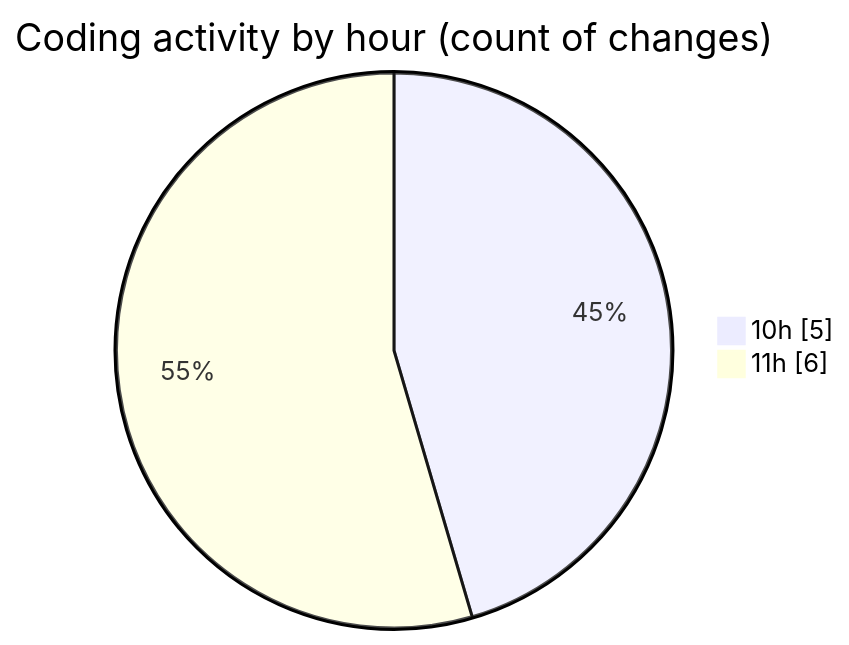
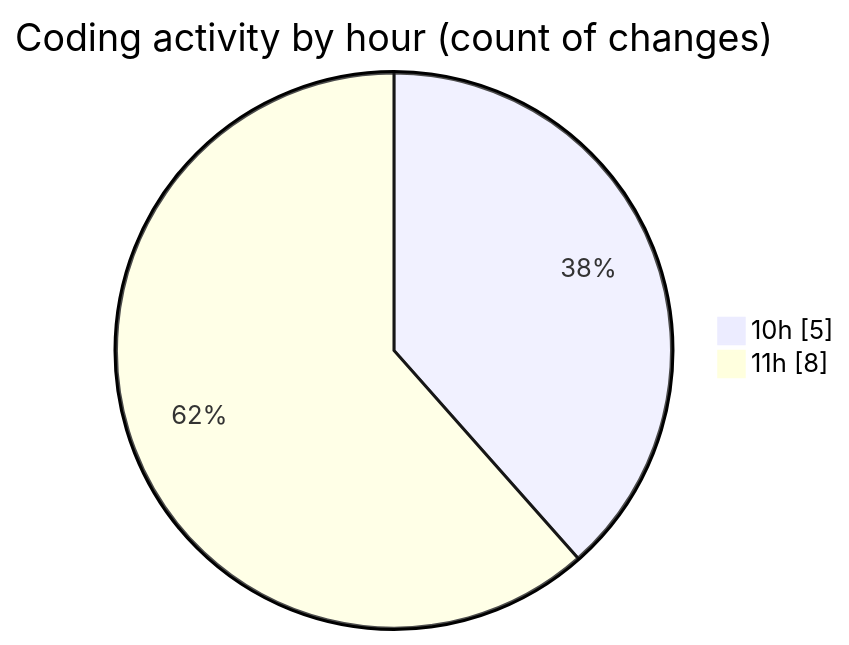
The second of 2 diagrams in 2025-05-05/ecodeli/README.md (CELIANVF/code-tracking), drawn with Mermaid before and after one commit. The commit also changed other lines of this file and 1 other file, not shown here.

````diff
--- a/2025-05-05/ecodeli/README.md
+++ b/2025-05-05/ecodeli/README.md
@@ -35,6 +35,6 @@
 ```mermaid
 pie showData
 title Coding activity by hour (count of changes)
 "10h" : 5
-"11h" : 6
+"11h" : 8
 ```
````
